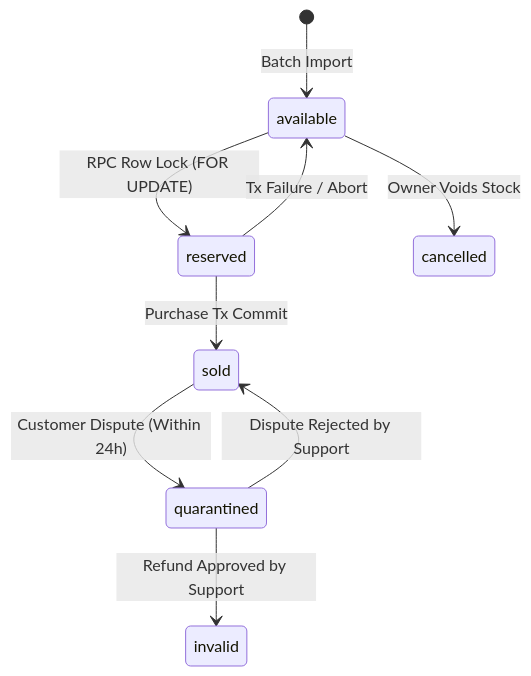
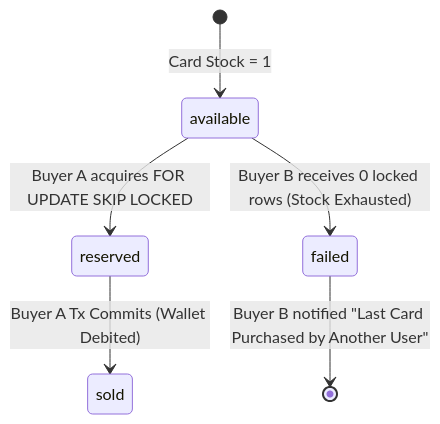
One commit to msorori-mh/NetYemen changed the second of 3 diagrams in docs/NETYEMEN-WORKFLOW-STATE-MACHINES-01.md. Above: the diagram before and after it, drawn with Mermaid. The commit also changed other lines of this file and 7 other files, not shown here.

````diff
--- a/docs/NETYEMEN-WORKFLOW-STATE-MACHINES-01.md
+++ b/docs/NETYEMEN-WORKFLOW-STATE-MACHINES-01.md
@@ -142,11 +78,8 @@
 ```mermaid
 stateDiagram-v2
-    [*] --> available : Batch Import
-    available --> reserved : RPC Row Lock (FOR UPDATE)
-    reserved --> sold : Purchase Tx Commit
-    reserved --> available : Tx Failure / Abort
-    sold --> quarantined : Customer Dispute (Within 24h)
-    quarantined --> invalid : Refund Approved by Support
-    quarantined --> sold : Dispute Rejected by Support
-    available --> cancelled : Owner Voids Stock
+    [*] --> available : Card Stock = 1
+    available --> reserved : Buyer A acquires FOR UPDATE SKIP LOCKED
+    available --> failed : Buyer B receives 0 locked rows (Stock Exhausted)
+    reserved --> sold : Buyer A Tx Commits (Wallet Debited)
+    failed --> [*] : Buyer B notified "Last Card Purchased by Another User"
 ```
````
